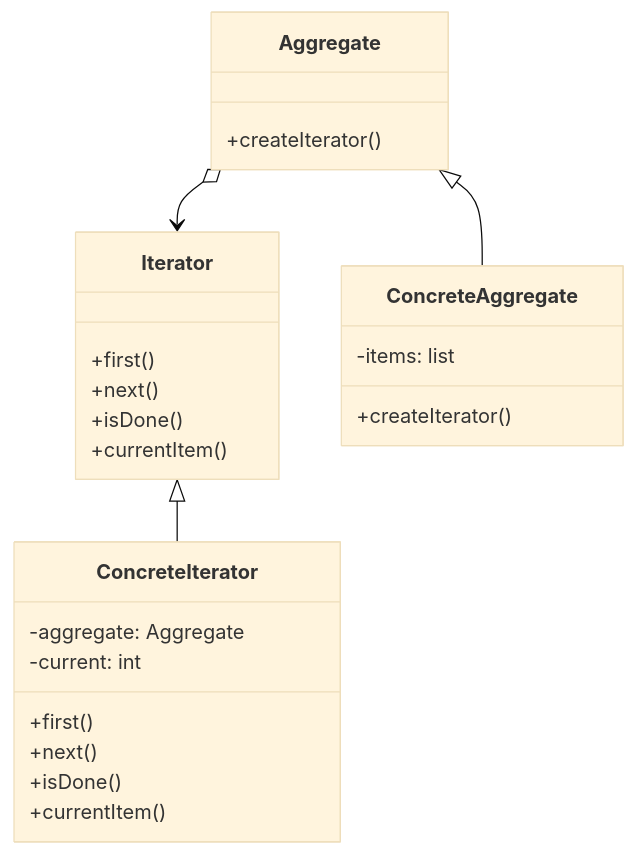
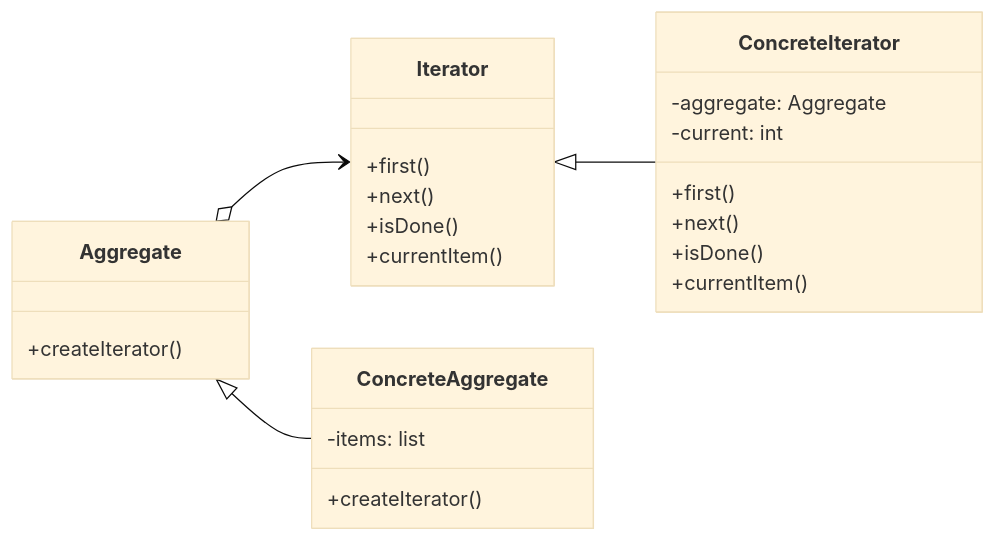
The diagram in behavioral_patterns/iterator_pattern.md (Samk13/design_patterns_mermaid), drawn with Mermaid (base theme) before and after one commit. The commit also changed 3 other files, not shown here.

Commit message:
change mermaid direction

````diff
--- a/behavioral_patterns/iterator_pattern.md
+++ b/behavioral_patterns/iterator_pattern.md
@@ -6,33 +6,33 @@
 ```mermaid
 classDiagram
-direction TB
+direction LR
 
 Iterator <|-- ConcreteIterator
 Aggregate <|-- ConcreteAggregate
 Aggregate o--> Iterator
 
 class Iterator {
   +first()
   +next()
   +isDone()
   +currentItem()
 }
 
 class ConcreteIterator {
   -aggregate: Aggregate
   -current: int
   +first()
   +next()
   +isDone()
   +currentItem()
 }
 
 class Aggregate {
   +createIterator()
 }
 
 class ConcreteAggregate {
   -items: list
   +createIterator()
 }
 ```
````
